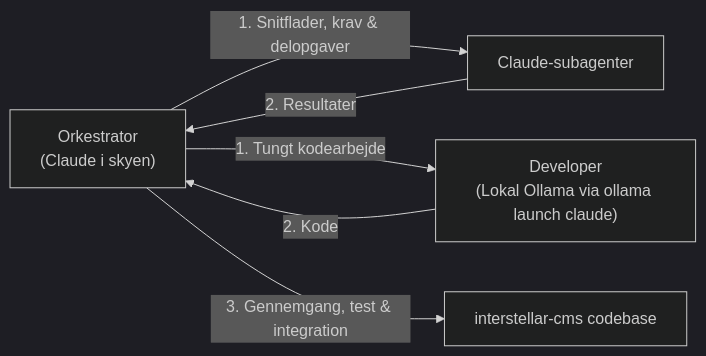
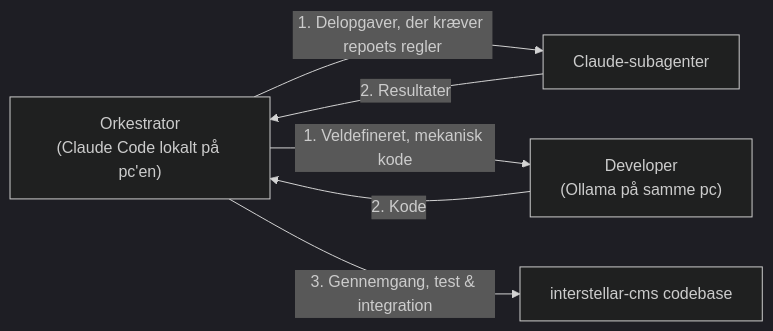
One commit to larsadolfsen/morpheme-cms changed the diagram in AGENTS.md. Above: the diagram before and after it, drawn with Mermaid (dark theme). The commit also changed other lines of this file, not shown here.

First line of the commit message:
Move the orchestrator role to a local Claude Code session

````diff
--- a/AGENTS.md
+++ b/AGENTS.md
@@ -54,8 +54,8 @@
 ```mermaid
 flowchart LR
-    A["Orkestrator<br/>(Claude i skyen)"] -->|"1. Snitflader, krav & delopgaver"| S["Claude-subagenter"]
-    A -->|"1. Tungt kodearbejde"| D["Developer<br/>(Lokal Ollama via ollama launch claude)"]
+    A["Orkestrator<br/>(Claude Code lokalt på pc'en)"] -->|"1. Delopgaver, der kræver repoets regler"| S["Claude-subagenter"]
+    A -->|"1. Veldefineret, mekanisk kode"| D["Developer<br/>(Ollama på samme pc)"]
     S -->|"2. Resultater"| A
     D -->|"2. Kode"| A
     A -->|"3. Gennemgang, test & integration"| R["interstellar-cms codebase"]
 ```
````
